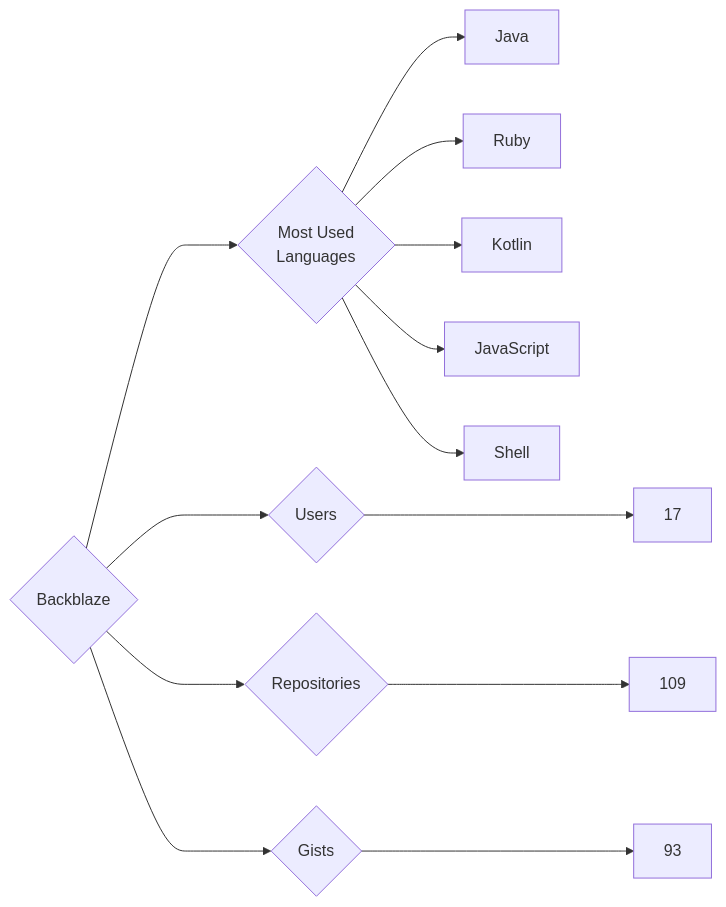
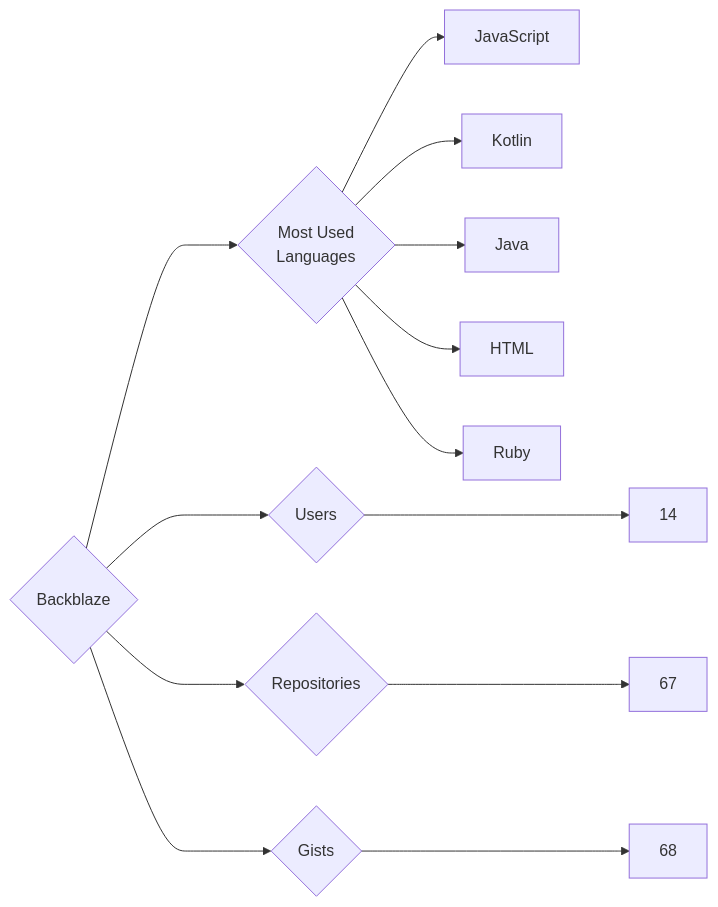
Before and after one commit to trickest/insiders: the diagram in targets/Backblaze/README.md, drawn with Mermaid. The commit also changed 932 other files, not shown here.

````diff
--- a/targets/Backblaze/README.md
+++ b/targets/Backblaze/README.md
@@ -3,13 +3,13 @@
 ```mermaid
 graph LR
 COMPANY_NAME{Backblaze}
-COMPANY_NAME ---> U{Users} ---> UN[17]
-COMPANY_NAME ---> R{Repositories} ---> RN[109]
-COMPANY_NAME ---> G{Gists} ---> GN[93]
+COMPANY_NAME ---> U{Users} ---> UN[14]
+COMPANY_NAME ---> R{Repositories} ---> RN[67]
+COMPANY_NAME ---> G{Gists} ---> GN[68]
 COMPANY_NAME ---> ML{Most Used<br>Languages}
+ML --> JavaScript[JavaScript]
+ML --> Kotlin[Kotlin]
 ML --> Java[Java]
+ML --> HTML[HTML]
 ML --> Ruby[Ruby]
-ML --> Kotlin[Kotlin]
-ML --> JavaScript[JavaScript]
-ML --> Shell[Shell]
 ```
````
